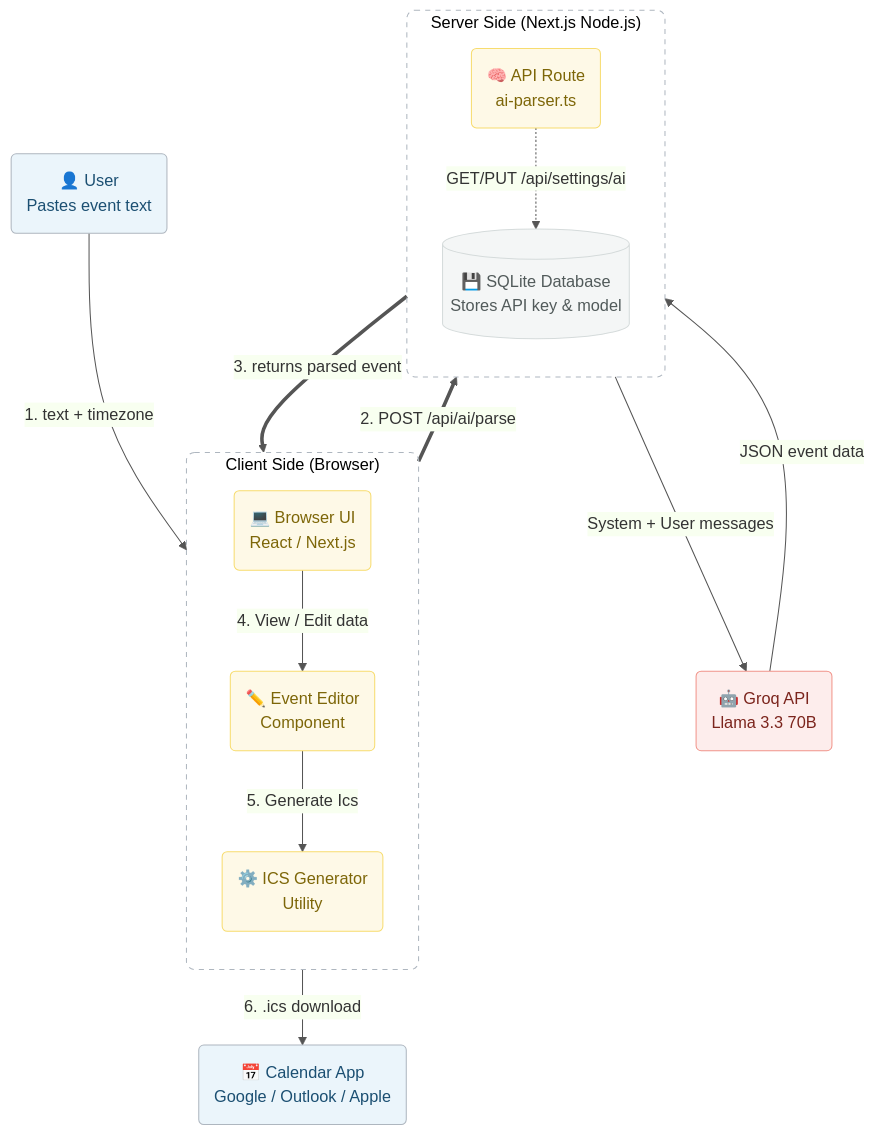
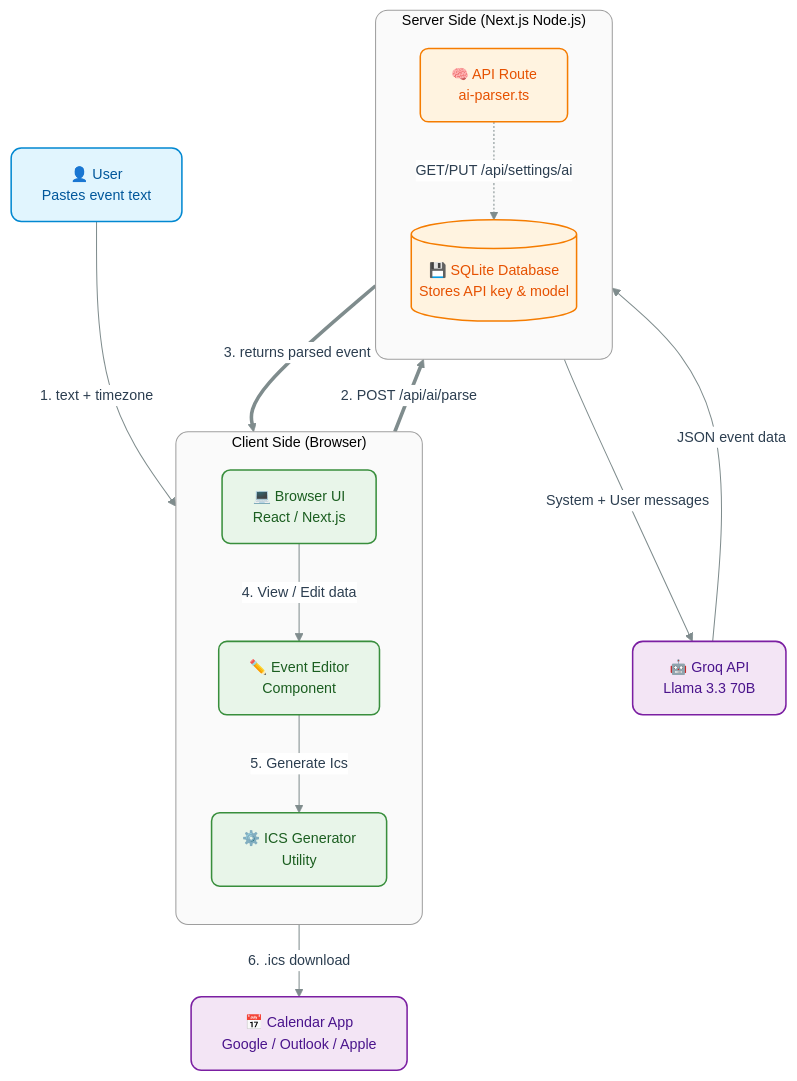
The diagram in README.md (Rimas-Codes/event-to-ics), drawn with Mermaid before and after one commit.

Commit message:
Refactor Mermaid diagram in README.md
Updated Mermaid diagram styling and structure for clarity.

````diff
--- a/README.md
+++ b/README.md
@@ -7,59 +7,109 @@
 ```mermaid
-%%{init: {'theme': 'base', 'themeVariables': { 'primaryColor': '#F0F8FF', 'primaryTextColor': '#333', 'primaryBorderColor': '#777', 'lineColor': '#555', 'fontSize': '16px', 'fontFamily': 'inter, helvetica, sans-serif'}}}%%
+
+%%{init: {'theme': 'base', 'themeVariables': { 'primaryColor': '#ffffff', 'primaryTextColor': '#2c3e50', 'primaryBorderColor': '#bdc3c7', 'lineColor': '#7f8c8d', 'fontSize': '14px', 'fontFamily': 'Helvetica Neue, Inter, Arial, sans-serif'}}}%%
+
 flowchart TD
-    %% Styling Definitions based on color palette from image_0.png
-    %% Blue (Top-level actions) -> Light cyan from 'Embedding'
-    classDef action fill:#EBF5FB,stroke:#AEB6BF,stroke-width:1px,color:#1B4F72,rx:5,ry:5;
-    %% Yellow (Processing/Middle) -> Yellow from 'Prompt engineering'
-    classDef process fill:#FEF9E7,stroke:#F7DC6F,stroke-width:1px,color:#7D6608,rx:5,ry:5;
-    %% Red (External/AI) -> Light red from 'LLM generation'
-    classDef ai fill:#FDEDEC,stroke:#F1948A,stroke-width:1px,color:#7B241C,rx:5,ry:5;
-    %% Grey (Database/Storage) -> Light grey from 'Grounded answer'
-    classDef storage fill:#F4F6F6,stroke:#D5DBDB,stroke-width:1px,color:#515A5A,rx:5,ry:5;
+
+    %% Styling Definitions for modern look (soft pastels and rounded corners)
+
+    classDef user fill:#e1f5fe,stroke:#0288d1,stroke-width:1.5px,color:#01579b,rx:10,ry:10;
+
+    classDef frontend fill:#e8f5e9,stroke:#388e3c,stroke-width:1.5px,color:#1b5e20,rx:8,ry:8;
+
+    classDef backend fill:#fff3e0,stroke:#f57c00,stroke-width:1.5px,color:#e65100,rx:8,ry:8;
+
+    classDef external fill:#f3e5f5,stroke:#7b1fa2,stroke-width:1.5px,color:#4a148c,rx:10,ry:10;
+
     
-    %% Boundary Nodes Styling (Cleaner, less dominant)
-    classDef boundary stroke:#AEB6BF,stroke-width:1px,stroke-dasharray: 5 5,fill:none,rx:8,ry:8;
 
-    %% --- Nodes Outside Boundaries (Start/End Points) ---
-    U("👤 User<br/>Pastes event text"):::action
-    C("📅 Calendar App<br/>Google / Outlook / Apple"):::action
+    %% Boundary Nodes Styling (for grouping and clarity)
 
-    %% --- Client Side Group with Boundary ---
+    classDef boundary stroke:#9e9e9e,stroke-width:1px,fill:#fafafa,rx:12,ry:12;
+
+
+
+    %% Nodes Outside Boundaries
+
+    U["👤 User<br/>Pastes event text"]:::user
+
+    C["📅 Calendar App<br/>Google / Outlook / Apple"]:::external
+
+
+
+    %% Client Side Group with Boundary
+
     subgraph Client ["Client Side (Browser)"]
+
         direction TB
-        B("💻 Browser UI<br/>React / Next.js"):::process
-        E("✏️ Event Editor<br/>Component"):::process
-        I("⚙️ ICS Generator<br/>Utility"):::process
+
+        B["💻 Browser UI<br/>React / Next.js"]:::frontend
+
+        E["✏️ Event Editor<br/>Component"]:::frontend
+
+        I["⚙️ ICS Generator<br/>Utility"]:::frontend
+
     end
-    %% Apply boundary style
+
+    %% Apply boundary style to the subgraph itself
+
     class Client boundary;
 
-    %% --- Server Side Group with Boundary ---
+
+
+    %% Server Side Group with Boundary
+
     subgraph Server ["Server Side (Next.js Node.js)"]
+
         direction TB
-        A("🧠 API Route<br/>ai-parser.ts"):::process
-        DB[("💾 SQLite Database<br/>Stores API key & model")]:::storage
+
+        A["🧠 API Route<br/>ai-parser.ts"]:::backend
+
+        DB[("💾 SQLite Database<br/>Stores API key & model")]:::backend
+
     end
-    %% Apply boundary style
+
+    %% Apply boundary style to the subgraph itself
+
     class Server boundary;
 
-    %% --- External Services ---
-    G("🤖 Groq API<br/>Llama 3.3 70B"):::ai
 
-    %% --- Data Flow / Relationships ---
+
+    %% External Services
+
+    G["🤖 Groq API<br/>Llama 3.3 70B"]:::external
+
+
+
+    %% Data Flow / Relationships (Interaction Links)
+
     U -->|1. text + timezone| B
+
     
+
     %% Split interactions for better arrow style application
+
     B ==>|2. POST /api/ai/parse| A
+
     A ==>|3. returns parsed event| B
+
     
+
     %% Internal Client Flow (Solid)
+
     B -->|4. View / Edit data| E
+
     E -->|5. Generate Ics| I
+
     I -->|6. .ics download| C
 
+
+
     %% Internal Server Flow (Thinner and dashed where appropriate)
+
     A -->|System + User messages| G
+
     G -->|JSON event data| A
+
     A -.->|GET/PUT /api/settings/ai| DB
+
 ```
````
